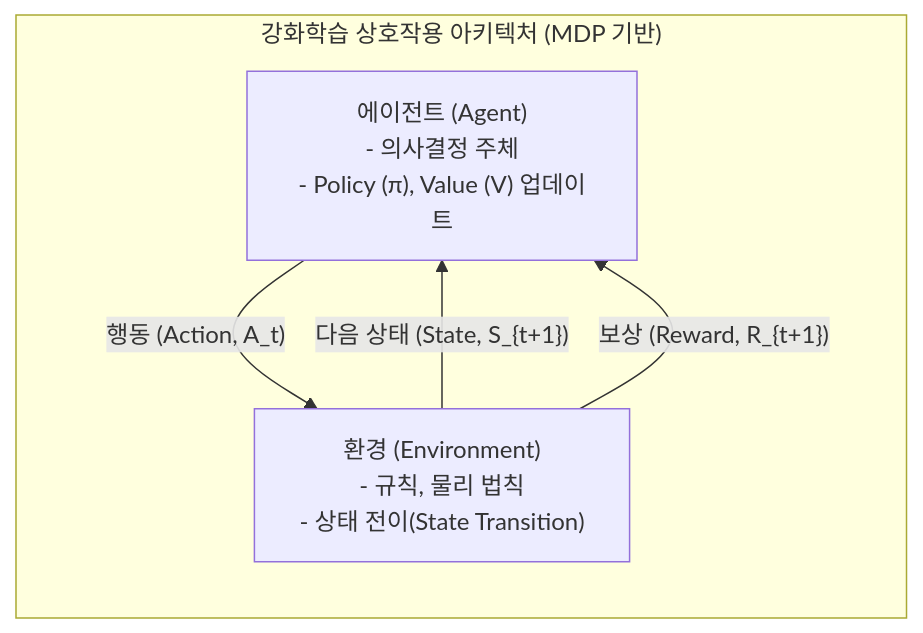
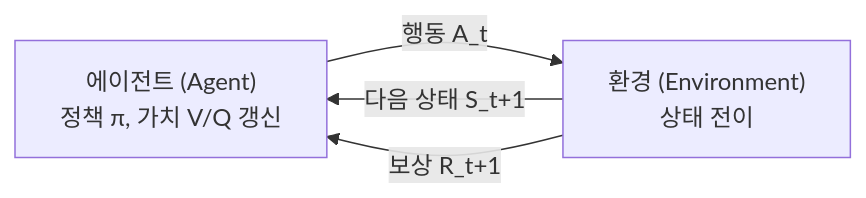
The diagram in content/01_IT Tech/강화학습.md (supremethumb/supremethumb.github.io), drawn with Mermaid before and after one commit. The commit also changed other lines of this file and 1087 other files, not shown here.

````diff
--- a/content/01_IT Tech/강화학습.md
+++ b/content/01_IT Tech/강화학습.md
@@ -19,13 +34,8 @@
 ```mermaid
-flowchart TB
-    subgraph RL_System["강화학습 상호작용 아키텍처 (MDP 기반)"]
-        direction TB
-        
-        Agent["에이전트 (Agent)<br/>- 의사결정 주체<br/>- Policy (π), Value (V) 업데이트"]
-        Env["환경 (Environment)<br/>- 규칙, 물리 법칙<br/>- 상태 전이(State Transition)"]
-        
-        Agent -- "행동 (Action, A_t)" --> Env
-        Env -- "다음 상태 (State, S_{t+1})" --> Agent
-        Env -- "보상 (Reward, R_{t+1})" --> Agent
-    end
+flowchart LR
+    Agent["에이전트 (Agent)<br/>정책 π, 가치 V/Q 갱신"]
+    Env["환경 (Environment)<br/>상태 전이"]
+    Agent -- "행동 A_t" --> Env
+    Env -- "다음 상태 S_t+1" --> Agent
+    Env -- "보상 R_t+1" --> Agent
 ```
````
